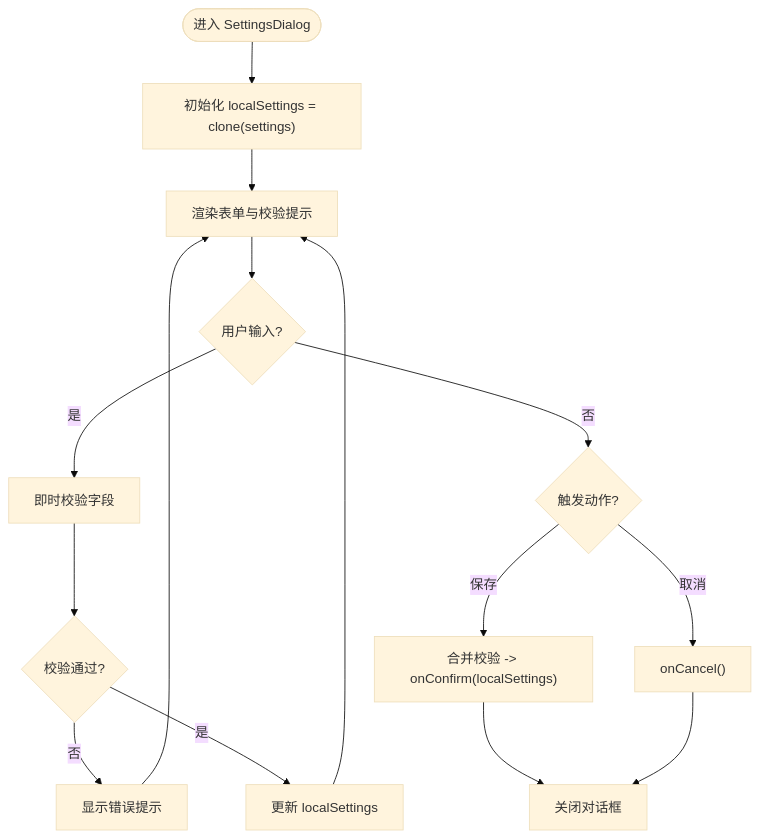
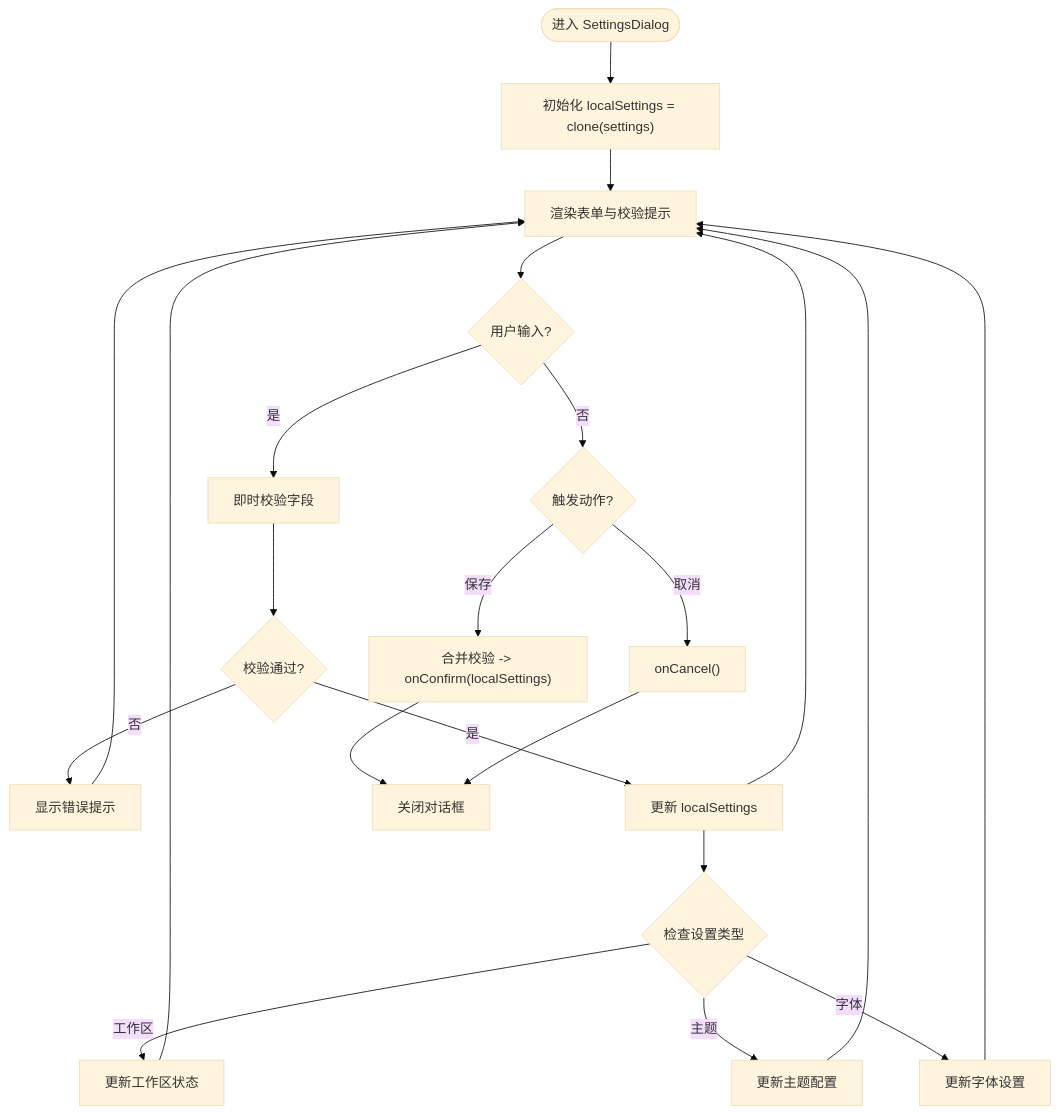
One commit to gongshiyun/ZenNote changed the third of 4 diagrams in .qoder/repowiki/zh/content/对话框系统.md. Above: the diagram before and after it, drawn with Mermaid (base theme). The commit also changed other lines of this file and 40 other files, not shown here.

````diff
--- a/.qoder/repowiki/zh/content/对话框系统.md
+++ b/.qoder/repowiki/zh/content/对话框系统.md
@@ -150,17 +193,24 @@
 ```mermaid
 flowchart TD
 Start(["进入 SettingsDialog"]) --> Init["初始化 localSettings = clone(settings)"]
 Init --> Render["渲染表单与校验提示"]
 Render --> Input{"用户输入?"}
 Input --> |是| Validate["即时校验字段"]
 Validate --> Valid{"校验通过?"}
 Valid --> |否| ShowError["显示错误提示"]
 Valid --> |是| UpdateLocal["更新 localSettings"]
+UpdateLocal --> CheckType{"检查设置类型"}
+CheckType --> |工作区| UpdateWorkspace["更新工作区状态"]
+CheckType --> |主题| UpdateTheme["更新主题配置"]
+CheckType --> |字体| UpdateFont["更新字体设置"]
+UpdateWorkspace --> Render
+UpdateTheme --> Render
+UpdateFont --> Render
 UpdateLocal --> Render
 Input --> |否| Action{"触发动作?"}
 Action --> |保存| Confirm["合并校验 -> onConfirm(localSettings)"]
 Action --> |取消| Cancel["onCancel()"]
 Confirm --> Close["关闭对话框"]
 Cancel --> Close
 ShowError --> Render
 ```
````
